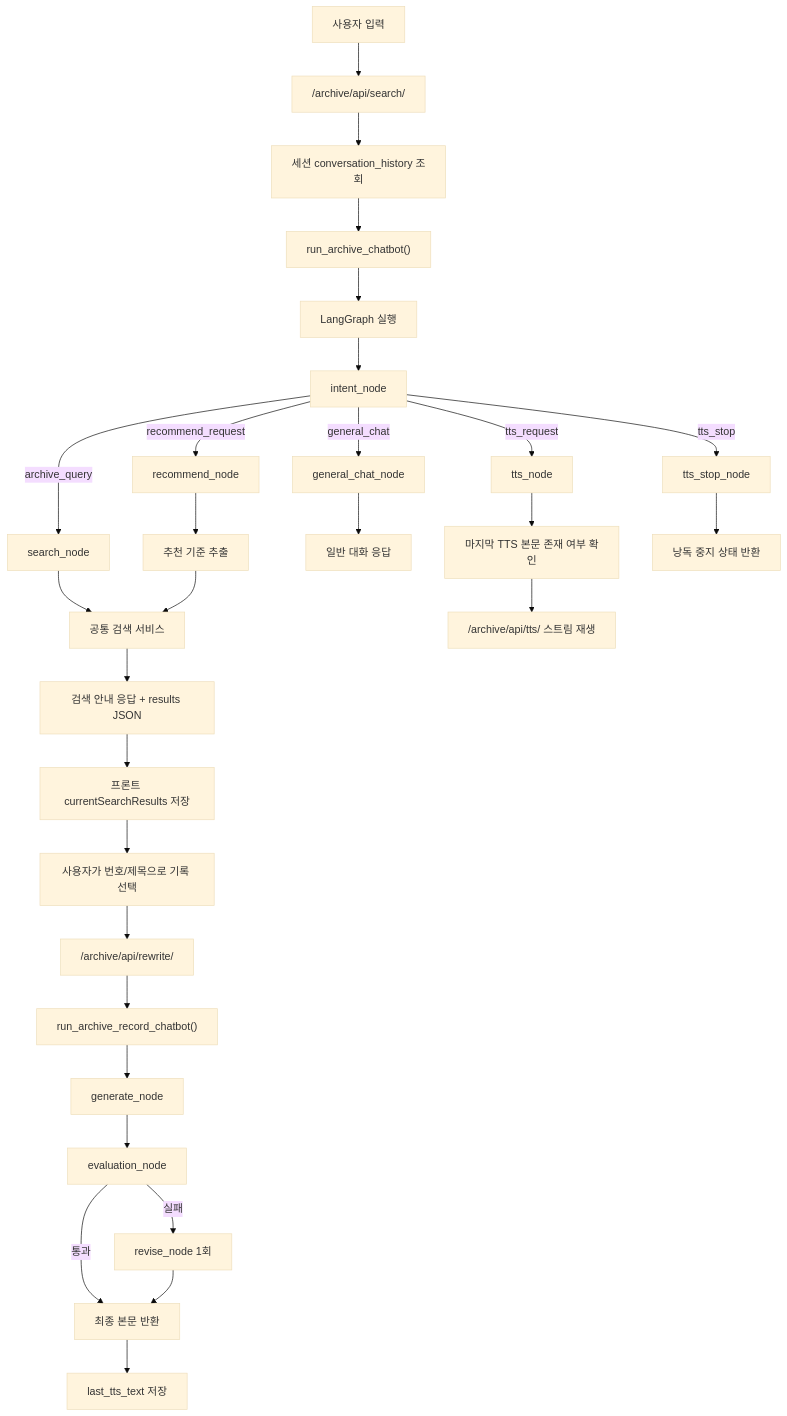
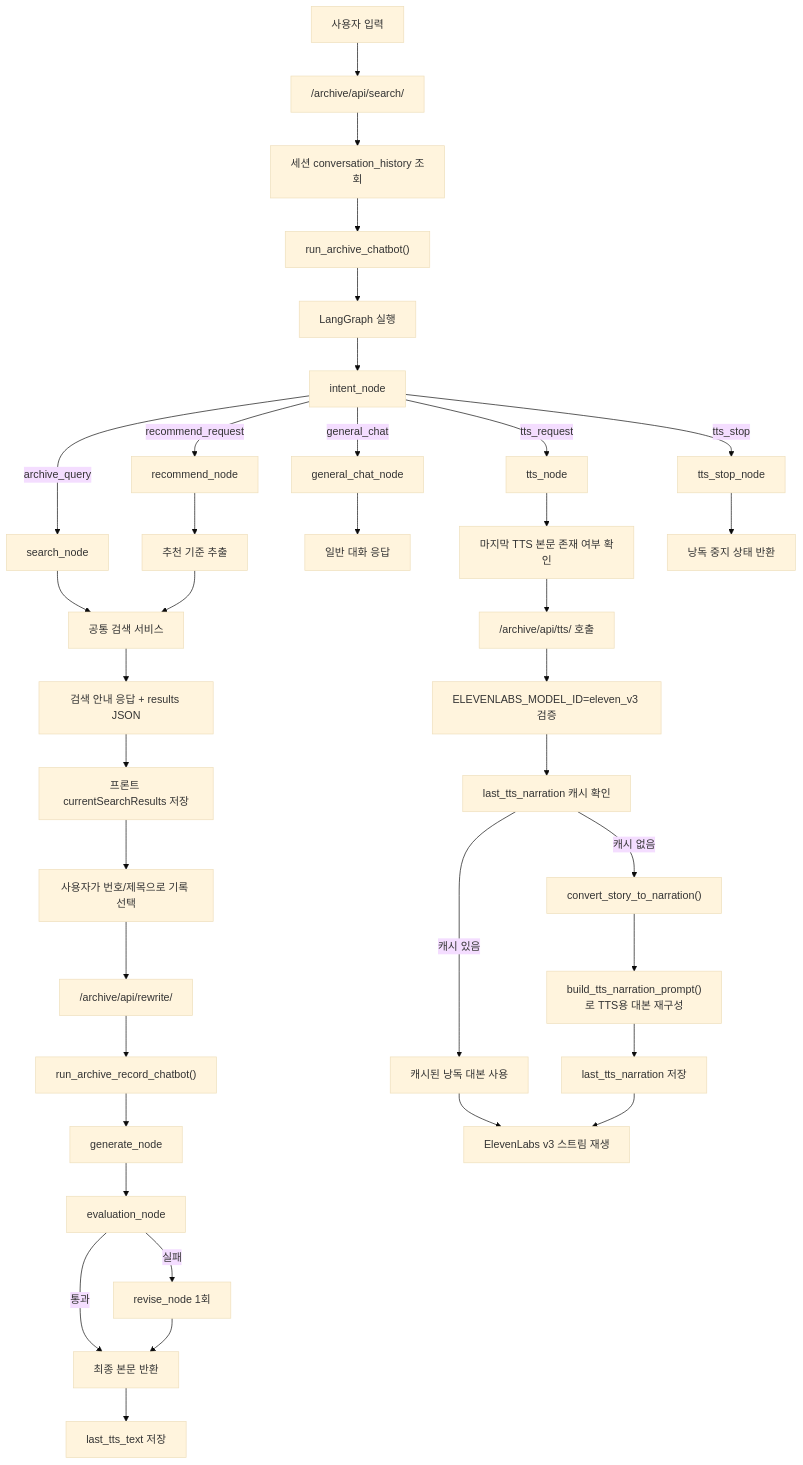
One commit to SKNETWORKS-FAMILY-AICAMP/SKN27-4th-1team changed the second of 3 diagrams in docs/archive.md. Above: the diagram before and after it, drawn with Mermaid (base theme). The commit also changed other lines of this file and 2 other files, not shown here.

Commit message:
archive.md update & llm 설정

````diff
--- a/docs/archive.md
+++ b/docs/archive.md
@@ -68,35 +68,43 @@
 ```mermaid
 flowchart TD
     A["사용자 입력"] --> B["/archive/api/search/"]
     B --> C["세션 conversation_history 조회"]
     C --> D["run_archive_chatbot()"]
     D --> E["LangGraph 실행"]
     E --> F["intent_node"]
 
     F -->|archive_query| G["search_node"]
     F -->|recommend_request| H["recommend_node"]
     F -->|general_chat| I["general_chat_node"]
     F -->|tts_request| J["tts_node"]
     F -->|tts_stop| K["tts_stop_node"]
 
     G --> L["공통 검색 서비스"]
     H --> H1["추천 기준 추출"]
     H1 --> L
     L --> M["검색 안내 응답 + results JSON"]
     I --> N["일반 대화 응답"]
     J --> O["마지막 TTS 본문 존재 여부 확인"]
     K --> P["낭독 중지 상태 반환"]
 
     M --> Q["프론트 currentSearchResults 저장"]
     Q --> R["사용자가 번호/제목으로 기록 선택"]
     R --> S["/archive/api/rewrite/"]
     S --> T["run_archive_record_chatbot()"]
     T --> U["generate_node"]
     U --> V["evaluation_node"]
     V -->|통과| W["최종 본문 반환"]
     V -->|실패| X["revise_node 1회"]
     X --> W
     W --> Y["last_tts_text 저장"]
 
-    O --> Z["/archive/api/tts/ 스트림 재생"]
+    O --> Z["/archive/api/tts/ 호출"]
+    Z --> AA["ELEVENLABS_MODEL_ID=eleven_v3 검증"]
+    AA --> AB["last_tts_narration 캐시 확인"]
+    AB -->|캐시 있음| AC["캐시된 낭독 대본 사용"]
+    AB -->|캐시 없음| AD["convert_story_to_narration()"]
+    AD --> AE["build_tts_narration_prompt()로 TTS용 대본 재구성"]
+    AE --> AF["last_tts_narration 저장"]
+    AC --> AG["ElevenLabs v3 스트림 재생"]
+    AF --> AG
 ```
````
